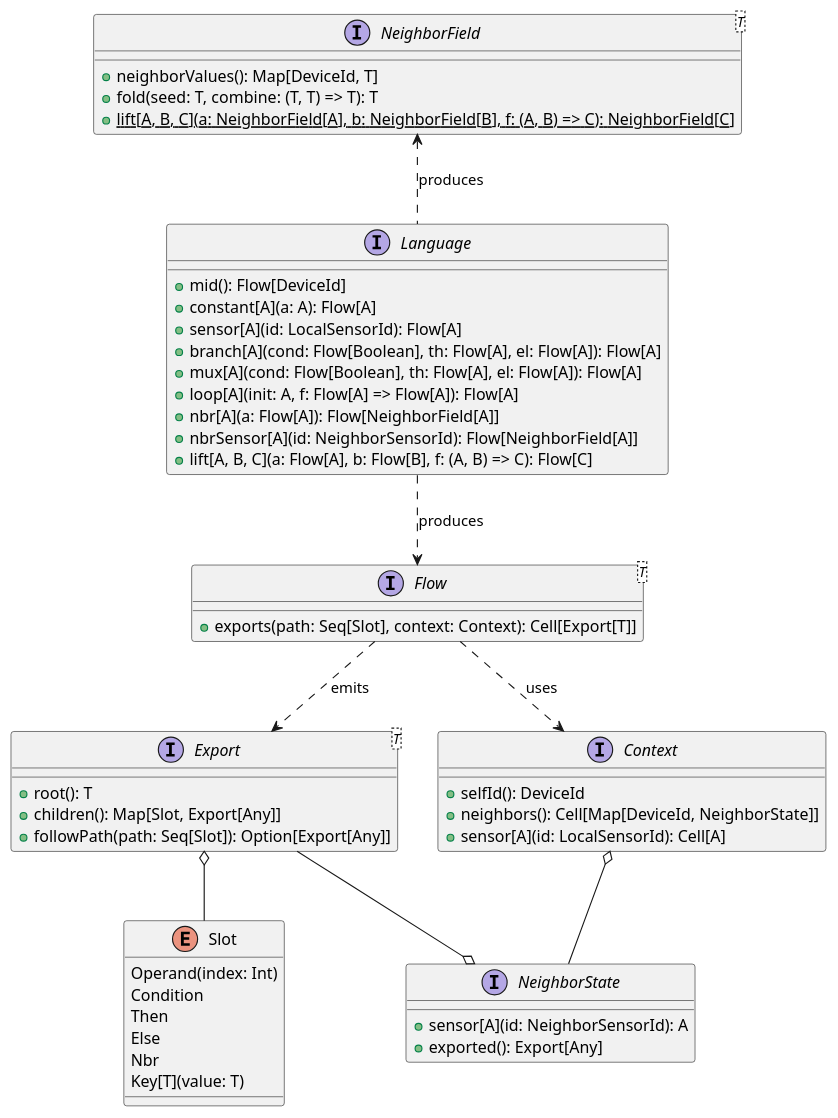
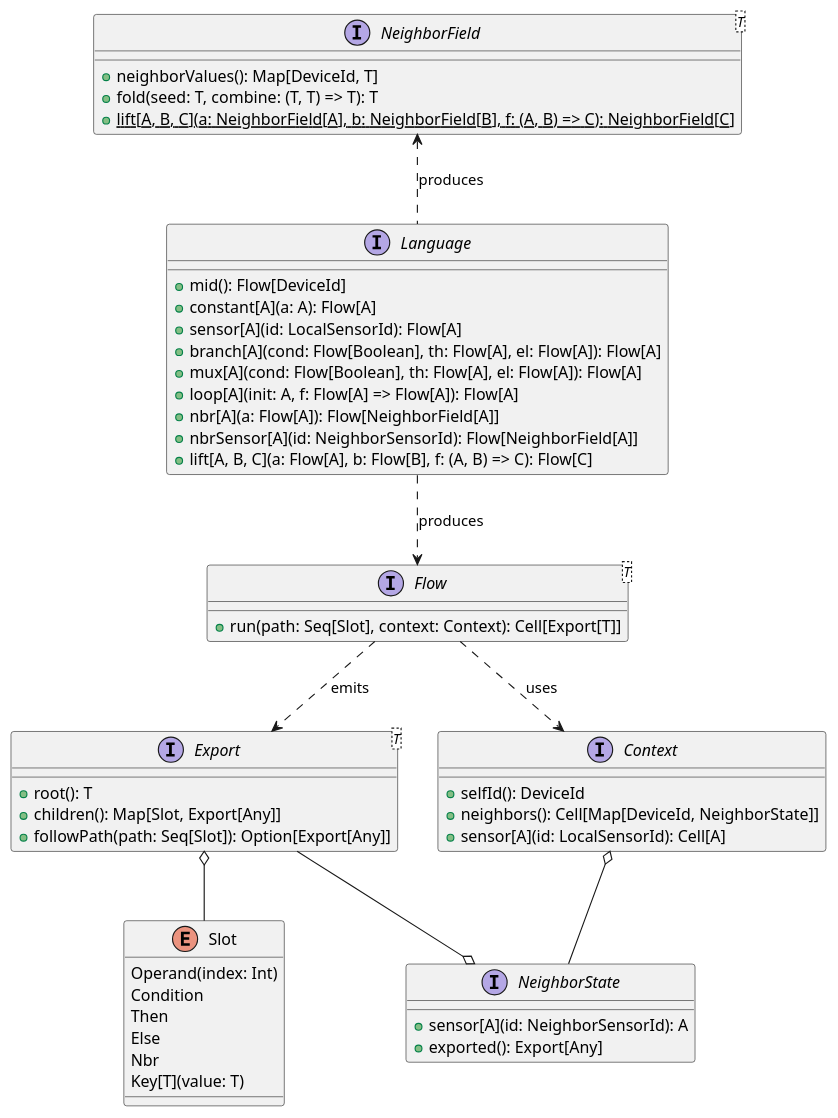
The diagram in diagrams/specification.puml (francescodente/distributed-frp-thesis), drawn with PlantUML before and after one commit. The commit also changed 20 other files, not shown here.

```diff
--- a/diagrams/specification.puml
+++ b/diagrams/specification.puml
@@ -1,59 +1,59 @@
 @startuml
 
 interface NeighborField<T> {
   + neighborValues(): Map[DeviceId, T]
   + fold(seed: T, combine: (T, T) => T): T
   {static} + lift[A, B, C](a: NeighborField[A], b: NeighborField[B], f: (A, B) => C): NeighborField[C]
 }
 
 interface Flow<T> {
-  + exports(path: Seq[Slot], context: Context): Cell[Export[T]]
+  + run(path: Seq[Slot], context: Context): Cell[Export[T]]
 }
 
 interface Export<T> {
   + root(): T
   + children(): Map[Slot, Export[Any]]
   + followPath(path: Seq[Slot]): Option[Export[Any]]
 }
 
 interface Language {
   + mid(): Flow[DeviceId]
   + constant[A](a: A): Flow[A]
   + sensor[A](id: LocalSensorId): Flow[A]
   + branch[A](cond: Flow[Boolean], th: Flow[A], el: Flow[A]): Flow[A]
   + mux[A](cond: Flow[Boolean], th: Flow[A], el: Flow[A]): Flow[A]
   + loop[A](init: A, f: Flow[A] => Flow[A]): Flow[A]
   + nbr[A](a: Flow[A]): Flow[NeighborField[A]]
   + nbrSensor[A](id: NeighborSensorId): Flow[NeighborField[A]]
   + lift[A, B, C](a: Flow[A], b: Flow[B], f: (A, B) => C): Flow[C]
 }
 
 interface NeighborState {
   + sensor[A](id: NeighborSensorId): A
   + exported(): Export[Any]
 }
 
 interface Context {
   + selfId(): DeviceId
   + neighbors(): Cell[Map[DeviceId, NeighborState]]
   + sensor[A](id: LocalSensorId): Cell[A]
 }
 
 enum Slot {
   {field} Operand(index: Int)
   {field} Condition
   {field} Then
   {field} Else
   {field} Nbr
   {field} Key[T](value: T)
 }
 
 Language ..> Flow : produces
 Language .up.> NeighborField : produces
 Context o-- NeighborState
 Export --o NeighborState
 Flow ..> Export : emits
 Flow ..> Context : uses
 Export o-- Slot
 
 @enduml
```
